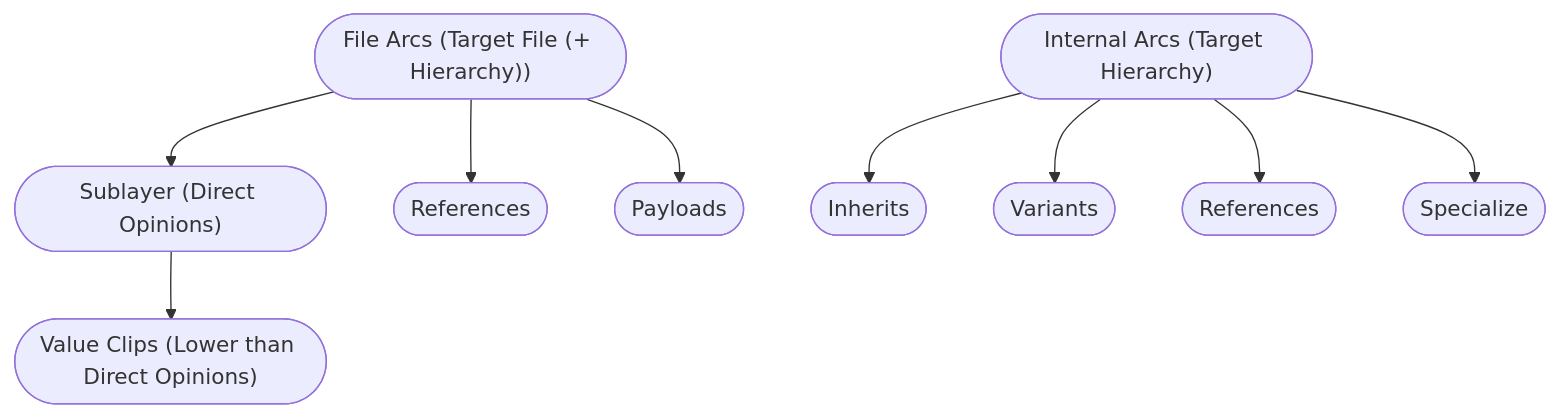
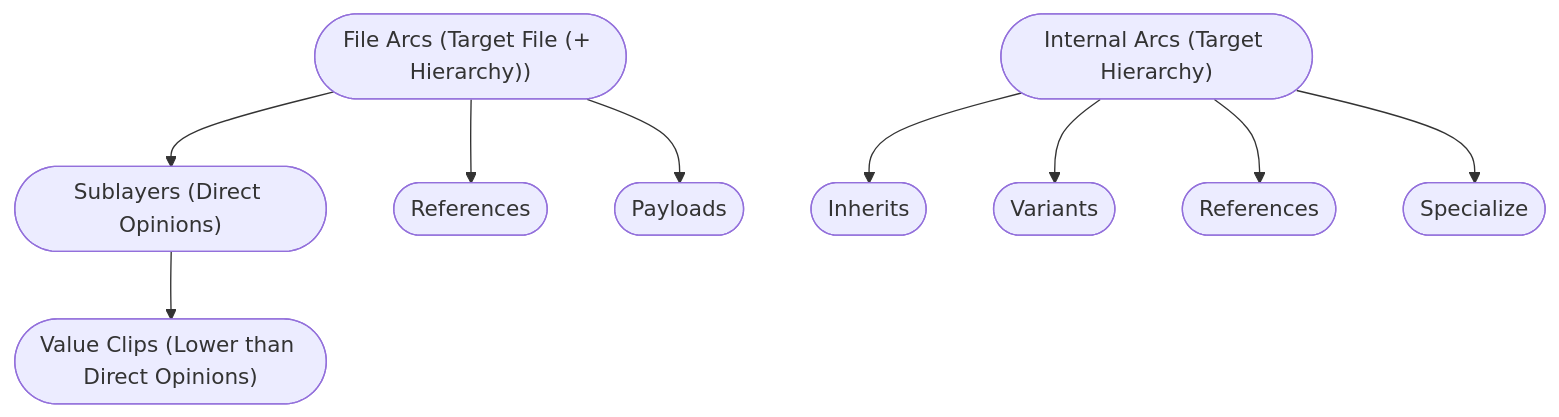
One commit to LucaScheller/VFX-UsdSurvivalGuide changed the first of 2 diagrams in docs/src/core/composition/arcs.md. Above: the diagram before and after it, drawn with Mermaid. The commit also changed other lines of this file and 1 other file, not shown here.

````diff
--- a/docs/src/core/composition/arcs.md
+++ b/docs/src/core/composition/arcs.md
@@ -40,22 +49,22 @@
 ```mermaid
 flowchart TD
-    compositionArcSublayer(["Sublayer (Direct Opinions)"])
+    compositionArcSublayer(["Sublayers (Direct Opinions)"])
     compositionArcValueClip(["Value Clips (Lower than Direct Opinions)"])
     compositionArcInherit(["Inherits"])
     compositionArcVariant(["Variants"])
     compositionArcReferenceFile(["References"])
     compositionArcReferenceInternal(["References"])
     compositionArcPayload(["Payloads"])
     compositionArcSpecialize(["Specialize"])
     compositionArcInternal(["Internal Arcs (Target Hierarchy)"])
     compositionArcExternal(["File Arcs (Target File (+ Hierarchy))"])
     
     compositionArcInternal --> compositionArcInherit
     compositionArcInternal --> compositionArcVariant
     compositionArcInternal --> compositionArcReferenceInternal
     compositionArcInternal --> compositionArcSpecialize
     compositionArcExternal --> compositionArcSublayer
     compositionArcExternal --> compositionArcReferenceFile
     compositionArcExternal --> compositionArcPayload
     compositionArcSublayer --> compositionArcValueClip
 ```
````
